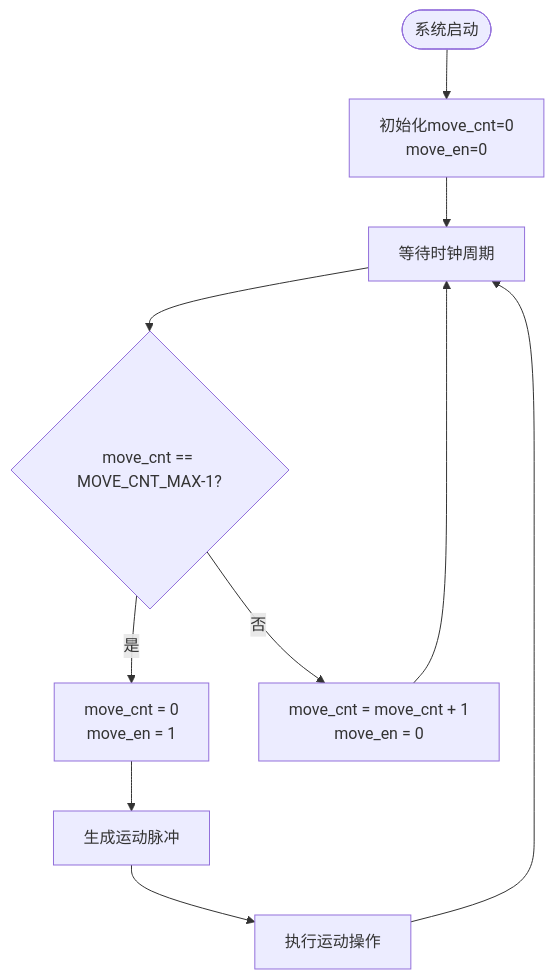
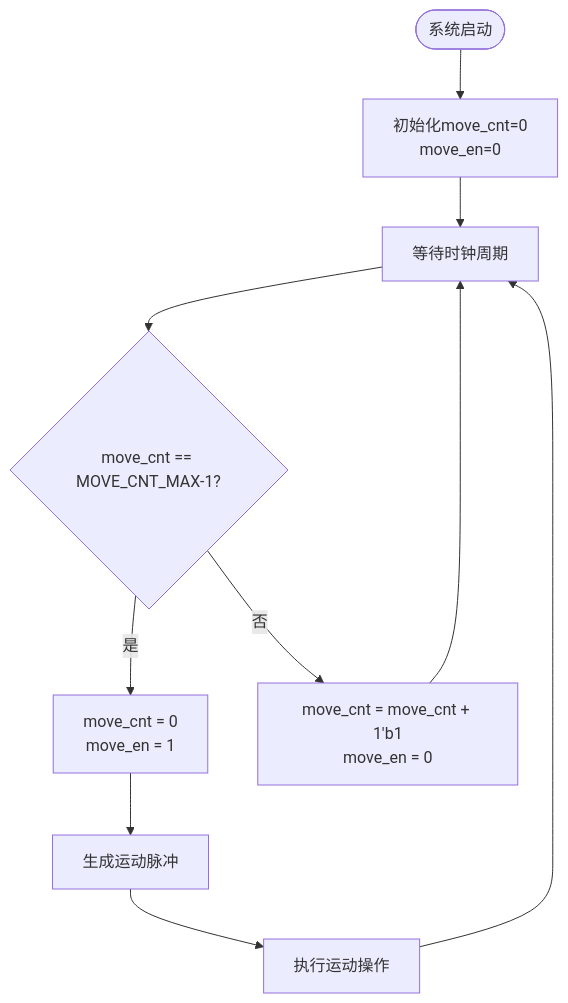
One commit to soupherexd/LCD_ROM_PIC changed the third of 16 diagrams in .qoder/repowiki/zh/content/运动控制.md. Above: the diagram before and after it, drawn with Mermaid. The commit also changed other lines of this file and 5 other files, not shown here.

````diff
--- a/.qoder/repowiki/zh/content/运动控制.md
+++ b/.qoder/repowiki/zh/content/运动控制.md
@@ -137,12 +163,12 @@
 ```mermaid
 flowchart TD
 Start([系统启动]) --> InitCount["初始化move_cnt=0<br/>move_en=0"]
 InitCount --> WaitCycle["等待时钟周期"]
 WaitCycle --> CheckMax{"move_cnt == MOVE_CNT_MAX-1?"}
 CheckMax --> |是| ResetCount["move_cnt = 0<br/>move_en = 1"]
-CheckMax --> |否| IncCount["move_cnt = move_cnt + 1<br/>move_en = 0"]
+CheckMax --> |否| IncCount["move_cnt = move_cnt + 1'b1<br/>move_en = 0"]
 ResetCount --> GeneratePulse["生成运动脉冲"]
 IncCount --> WaitCycle
 GeneratePulse --> MoveObject["执行运动操作"]
 MoveObject --> WaitCycle
 ```
````
